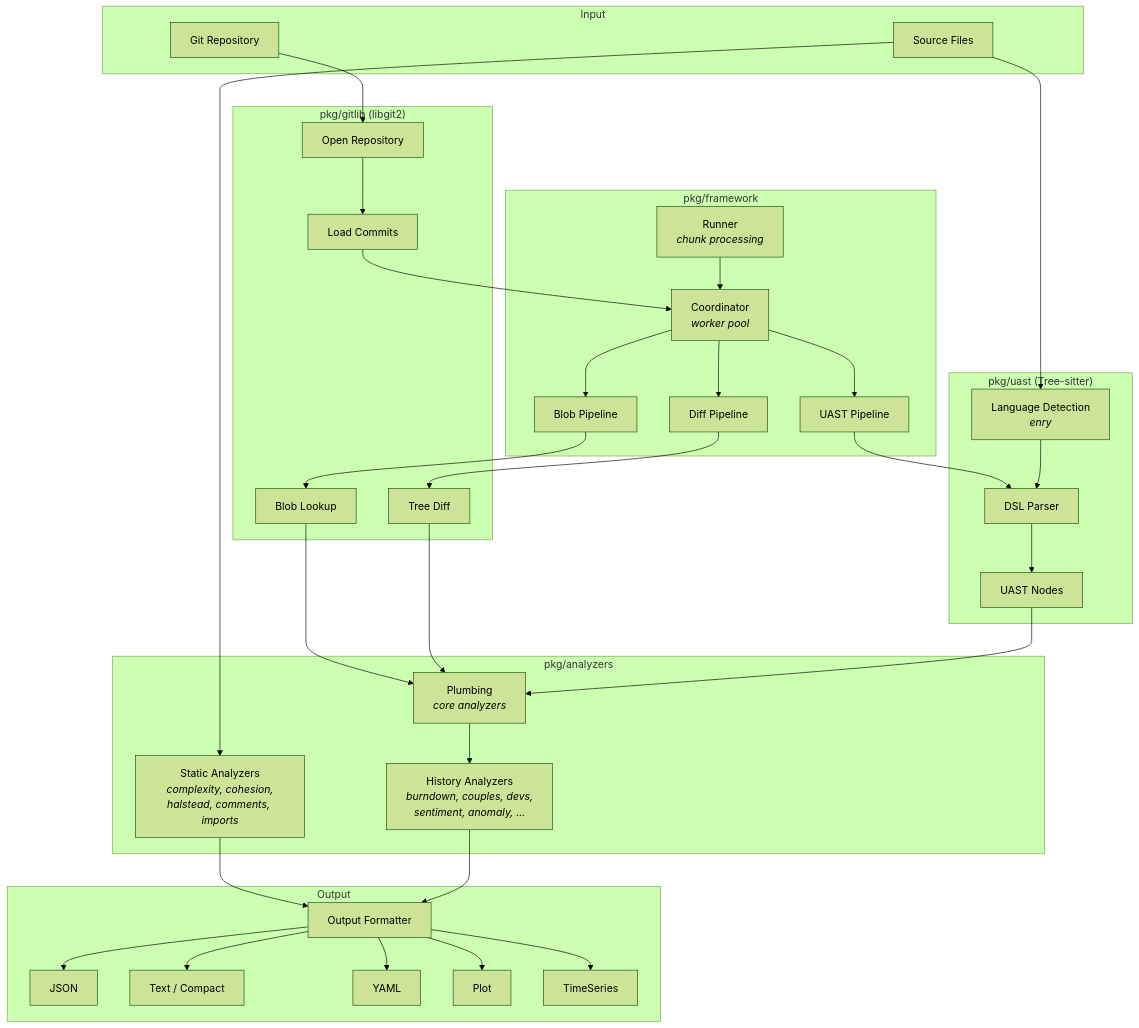
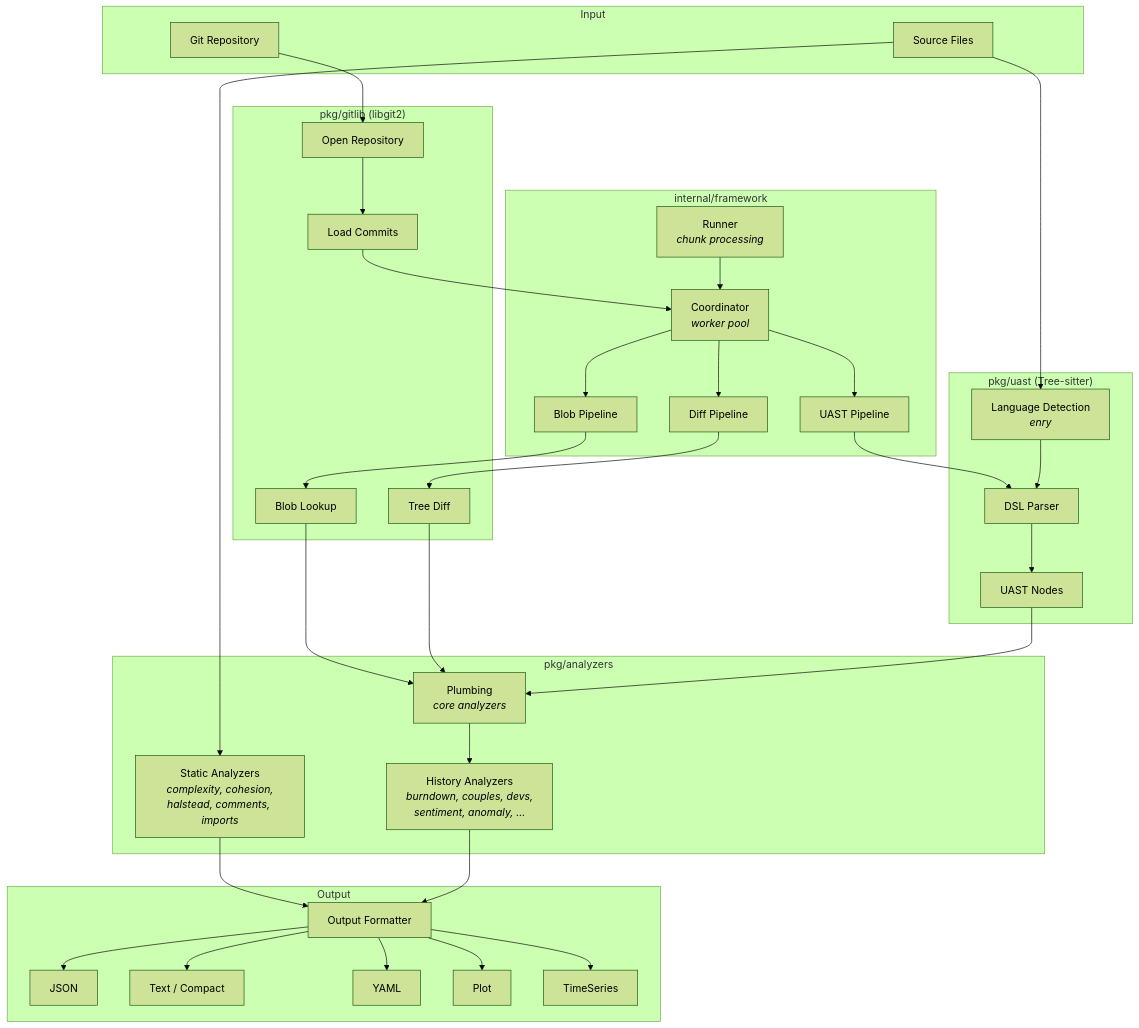
One commit to Sumatoshi-tech/codefang changed the first of 2 diagrams in site/architecture/overview.md. Above: the diagram before and after it, drawn with Mermaid (forest theme). The commit also changed other lines of this file and 1055 other files, not shown here.

````diff
--- a/site/architecture/overview.md
+++ b/site/architecture/overview.md
@@ -118,67 +126,67 @@
 ```mermaid
 flowchart TD
     subgraph Input
         REPO[Git Repository]
         SRC[Source Files]
     end
 
     subgraph gitlib["pkg/gitlib (libgit2)"]
         OPEN[Open Repository]
         COMMITS[Load Commits]
         TREEDIFF[Tree Diff]
         BLOBS[Blob Lookup]
     end
 
     subgraph uast_engine["pkg/uast (Tree-sitter)"]
         DETECT[Language Detection<br/><em>enry</em>]
         PARSE[DSL Parser]
         NODES[UAST Nodes]
     end
 
-    subgraph framework["pkg/framework"]
+    subgraph framework["internal/framework"]
         COORD[Coordinator<br/><em>worker pool</em>]
         BLOB_PIPE[Blob Pipeline]
         DIFF_PIPE[Diff Pipeline]
         UAST_PIPE[UAST Pipeline]
         RUNNER[Runner<br/><em>chunk processing</em>]
     end
 
     subgraph analyzers["pkg/analyzers"]
         PLUMB[Plumbing<br/><em>core analyzers</em>]
         STATIC[Static Analyzers<br/><em>complexity, cohesion,<br/>halstead, comments, imports</em>]
         HISTORY[History Analyzers<br/><em>burndown, couples, devs,<br/>sentiment, anomaly, ...</em>]
     end
 
     subgraph output["Output"]
         FORMAT[Output Formatter]
         JSON_OUT[JSON]
         TEXT_OUT[Text / Compact]
         YAML_OUT[YAML]
         PLOT_OUT[Plot]
         TS_OUT[TimeSeries]
     end
 
     REPO --> OPEN --> COMMITS
     COMMITS --> COORD
     COORD --> BLOB_PIPE --> BLOBS
     COORD --> DIFF_PIPE --> TREEDIFF
     COORD --> UAST_PIPE --> PARSE
     SRC --> DETECT --> PARSE --> NODES
 
     BLOBS --> PLUMB
     TREEDIFF --> PLUMB
     NODES --> PLUMB
 
     PLUMB --> HISTORY
     SRC --> STATIC
 
     RUNNER --> COORD
 
     STATIC --> FORMAT
     HISTORY --> FORMAT
     FORMAT --> JSON_OUT
     FORMAT --> TEXT_OUT
     FORMAT --> YAML_OUT
     FORMAT --> PLOT_OUT
     FORMAT --> TS_OUT
 ```
````
